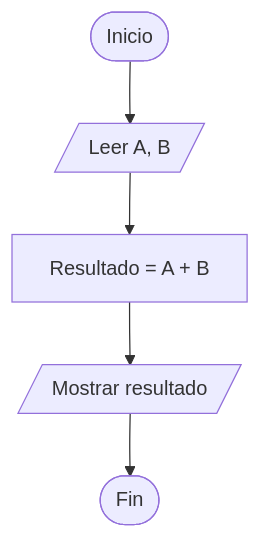
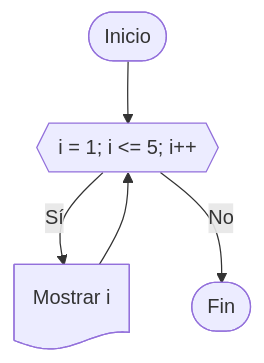
Diagram 15 of 15 in Tema04_Control/1-instrucciones_control.md (Abel-DB/Algoritmos-programacion), drawn with Mermaid before and after one commit. The commit also changed other lines of this file, not shown here.

````diff
--- a/Tema04_Control/1-instrucciones_control.md
+++ b/Tema04_Control/1-instrucciones_control.md
@@ -231,10 +301,15 @@
-~~~mermaid
+```mermaid
 flowchart TD
+
 A([Inicio])
-B[/Leer A, B/]
-C[Resultado = A + B]
-D[/Mostrar resultado/]
-E([Fin])
 
-A --> B --> C --> D --> E
-~~~
+B@{ shape: hex, label: "i = 1; i <= 5; i++" }
+
+C@{ shape: doc, label: "Mostrar i" }
+
+D([Fin])
+
+A --> B
+B -->|Sí| C --> B
+B -->|No| D
+```
````
